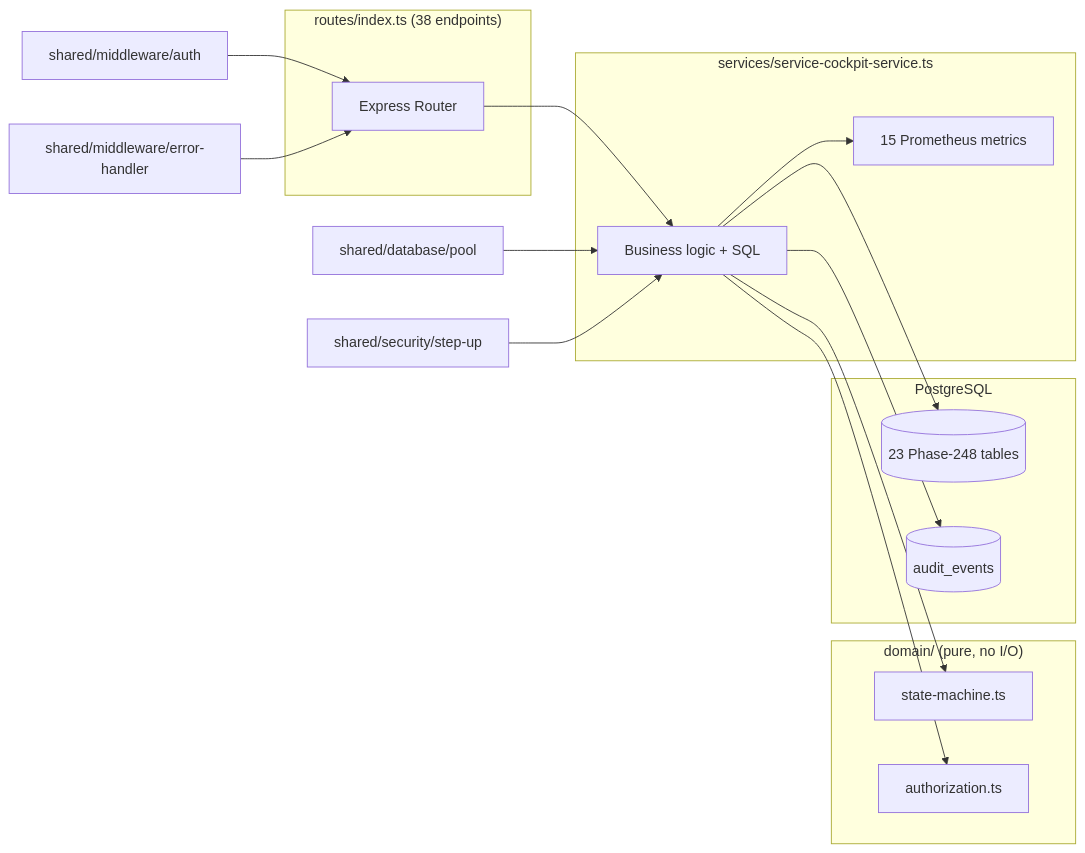
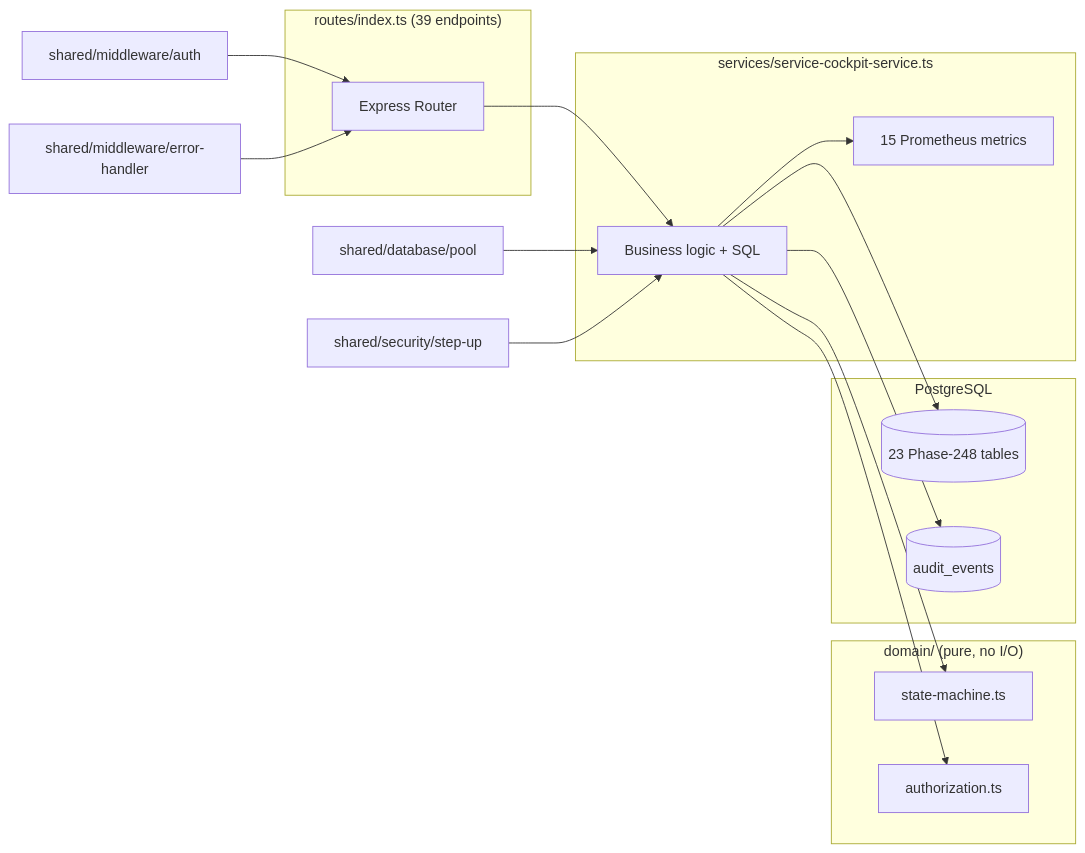
The first of 4 diagrams in docs/PHASE-248-SERVICE-COCKPIT-V2.md (Alegnta19/Car-dealership-software), drawn with Mermaid before and after one commit. The commit also changed other lines of this file and 14 other files, not shown here.

````diff
--- a/docs/PHASE-248-SERVICE-COCKPIT-V2.md
+++ b/docs/PHASE-248-SERVICE-COCKPIT-V2.md
@@ -132,28 +133,28 @@
 ```mermaid
 flowchart LR
-  subgraph HTTP["routes/index.ts (38 endpoints)"]
+  subgraph HTTP["routes/index.ts (39 endpoints)"]
     R[Express Router]
   end
   subgraph SVC["services/service-cockpit-service.ts"]
     S[Business logic + SQL]
     M[15 Prometheus metrics]
   end
   subgraph DOM["domain/ (pure, no I/O)"]
     SM[state-machine.ts]
     AZ[authorization.ts]
   end
   subgraph DB["PostgreSQL"]
     T23[(23 Phase-248 tables)]
     AUD[(audit_events)]
   end
   AUTH[shared/middleware/auth] --> R
   ERR[shared/middleware/error-handler] --> R
   R --> S
   S --> SM
   S --> AZ
   S --> T23
   S --> AUD
   S --> M
   POOL[shared/database/pool] --> S
   STEP[shared/security/step-up] --> S
 ```
````
